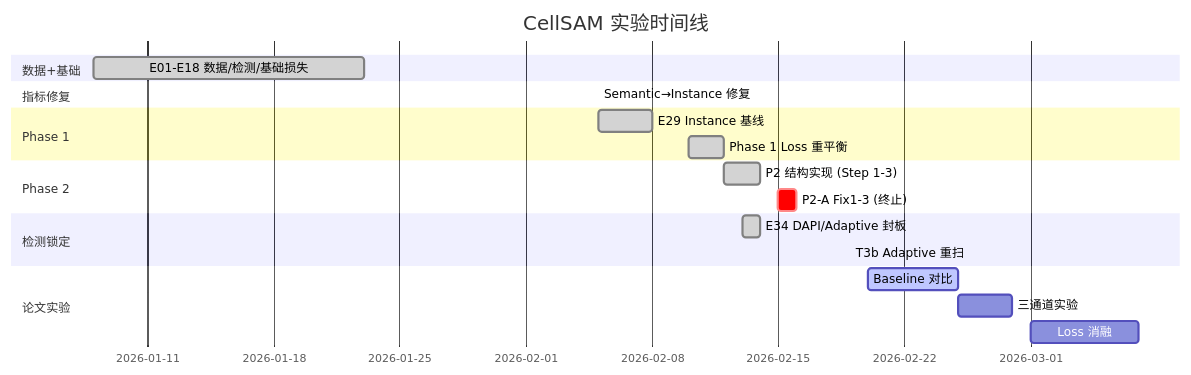
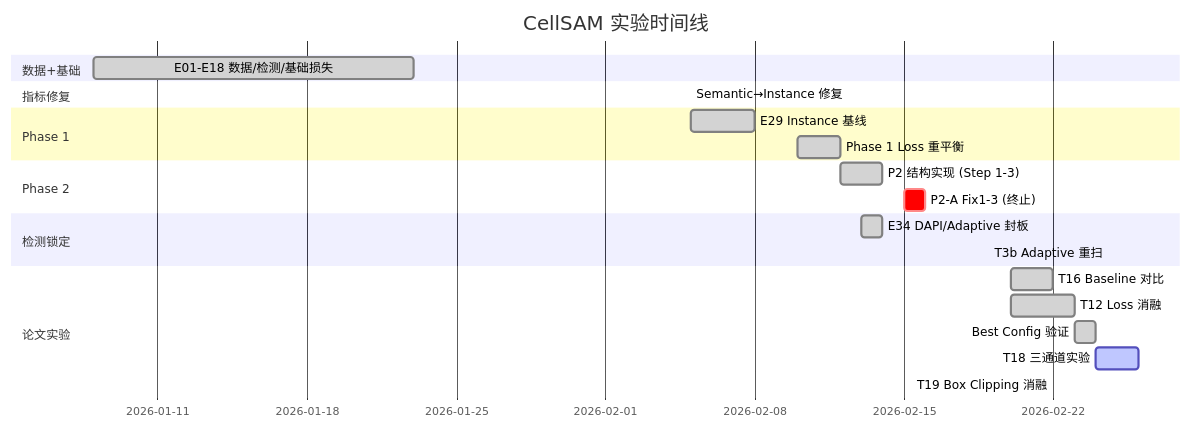
One commit to leoxin99/Cellsam changed the diagram in docs/paper_preparation.md. Above: the diagram before and after it, drawn with Mermaid. The commit also changed other lines of this file and 14 other files, not shown here.

````diff
--- a/docs/paper_preparation.md
+++ b/docs/paper_preparation.md
@@ -193,22 +255,24 @@
 ```mermaid
 gantt
     title CellSAM 实验时间线
     dateFormat  YYYY-MM-DD
     section 数据+基础
     E01-E18 数据/检测/基础损失    :done, 2026-01-08, 2026-01-23
     section 指标修复
     Semantic→Instance 修复        :crit, 2026-02-05, 2026-02-05
     section Phase 1
     E29 Instance 基线              :done, 2026-02-05, 2026-02-08
     Phase 1 Loss 重平衡            :done, 2026-02-10, 2026-02-12
     section Phase 2
     P2 结构实现 (Step 1-3)         :done, 2026-02-12, 2026-02-14
     P2-A Fix1-3 (终止)             :crit, 2026-02-15, 2026-02-16
     section 检测锁定
     E34 DAPI/Adaptive 封板         :done, 2026-02-13, 2026-02-14
     T3b Adaptive 重扫              :done, 2026-02-19, 2026-02-19
     section 论文实验
-    Baseline 对比                  :active, 2026-02-20, 2026-02-25
-    三通道实验                     :2026-02-25, 2026-02-28
-    Loss 消融                      :2026-03-01, 2026-03-07
+    T16 Baseline 对比              :done, 2026-02-20, 2026-02-22
+    T12 Loss 消融                  :done, 2026-02-20, 2026-02-23
+    Best Config 验证               :done, 2026-02-23, 2026-02-24
+    T18 三通道实验                 :active, 2026-02-24, 2026-02-26
+    T19 Box Clipping 消融          :done, 2026-02-22, 2026-02-22
 ```
````
